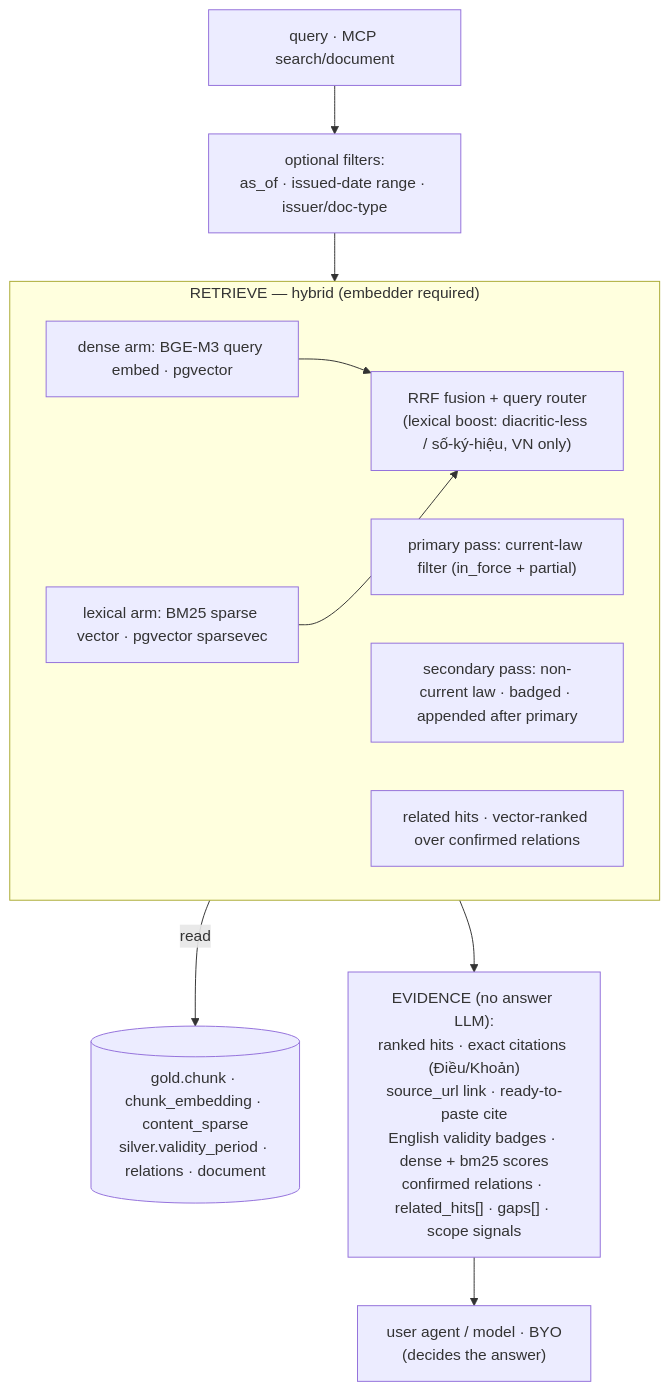
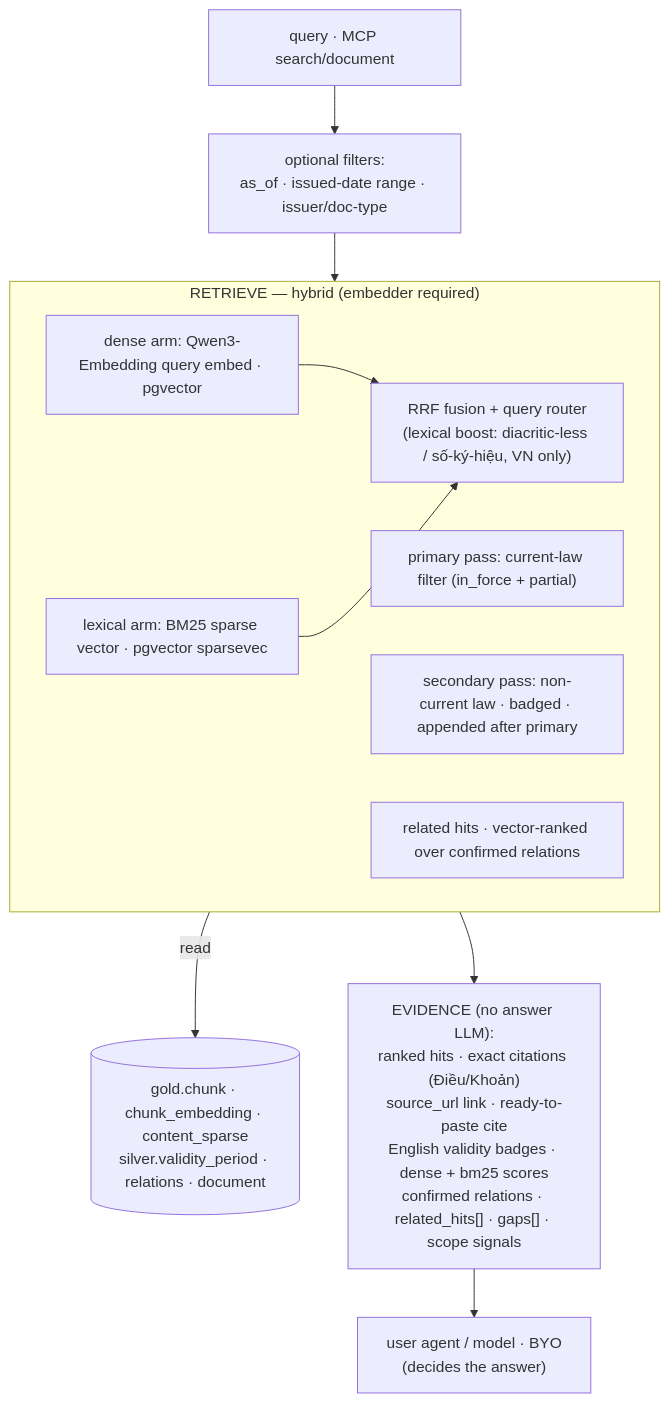
One commit to dannyota/banhmi changed the second of 2 diagrams in docs/design/PIPELINE.md. Above: the diagram before and after it, drawn with Mermaid. The commit also changed other lines of this file and 14 other files, not shown here.

````diff
--- a/docs/design/PIPELINE.md
+++ b/docs/design/PIPELINE.md
@@ -179,18 +167,18 @@
 ```mermaid
 graph TD
   Q["query · MCP search/document"] --> FILT["optional filters:<br/>as_of · issued-date range · issuer/doc-type"]
   FILT --> RET
   subgraph RET["RETRIEVE — hybrid (embedder required)"]
-    VE["dense arm: BGE-M3 query embed · pgvector"]
+    VE["dense arm: Qwen3-Embedding query embed · pgvector"]
     SP["lexical arm: BM25 sparse vector · pgvector sparsevec"]
     RR["RRF fusion + query router<br/>(lexical boost: diacritic-less / số-ký-hiệu, VN only)"]
     PF["primary pass: current-law filter (in_force + partial)"]
     NC["secondary pass: non-current law · badged · appended after primary"]
     RL["related hits · vector-ranked over confirmed relations"]
     VE --> RR
     SP --> RR
   end
   RET -->|read| G2[("gold.chunk · chunk_embedding · content_sparse<br/>silver.validity_period · relations · document")]
   RET --> OUT["EVIDENCE (no answer LLM):<br/>ranked hits · exact citations (Điều/Khoản)<br/>source_url link · ready-to-paste cite<br/>English validity badges · dense + bm25 scores<br/>confirmed relations · related_hits[] · gaps[] · scope signals"]
   OUT --> AGENT["user agent / model · BYO<br/>(decides the answer)"]
 ```
````
